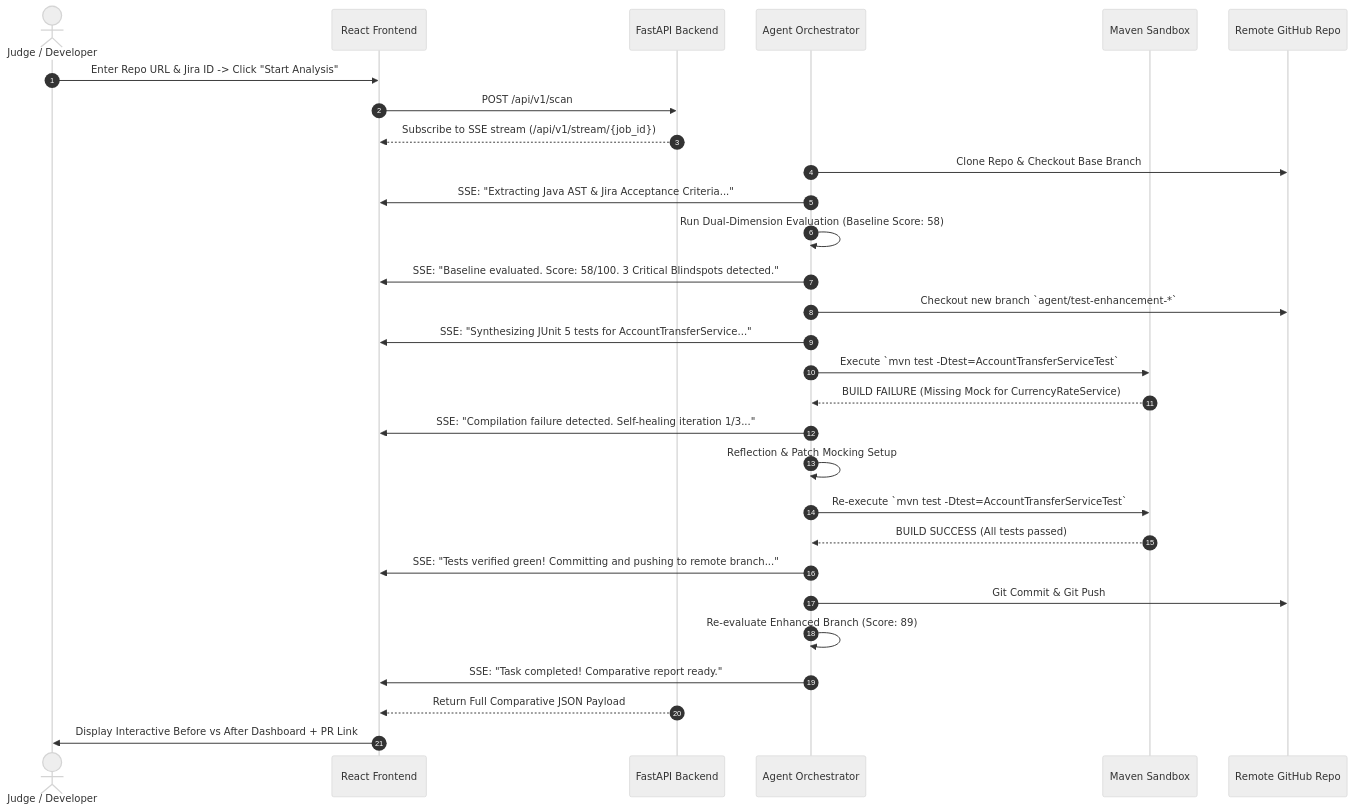
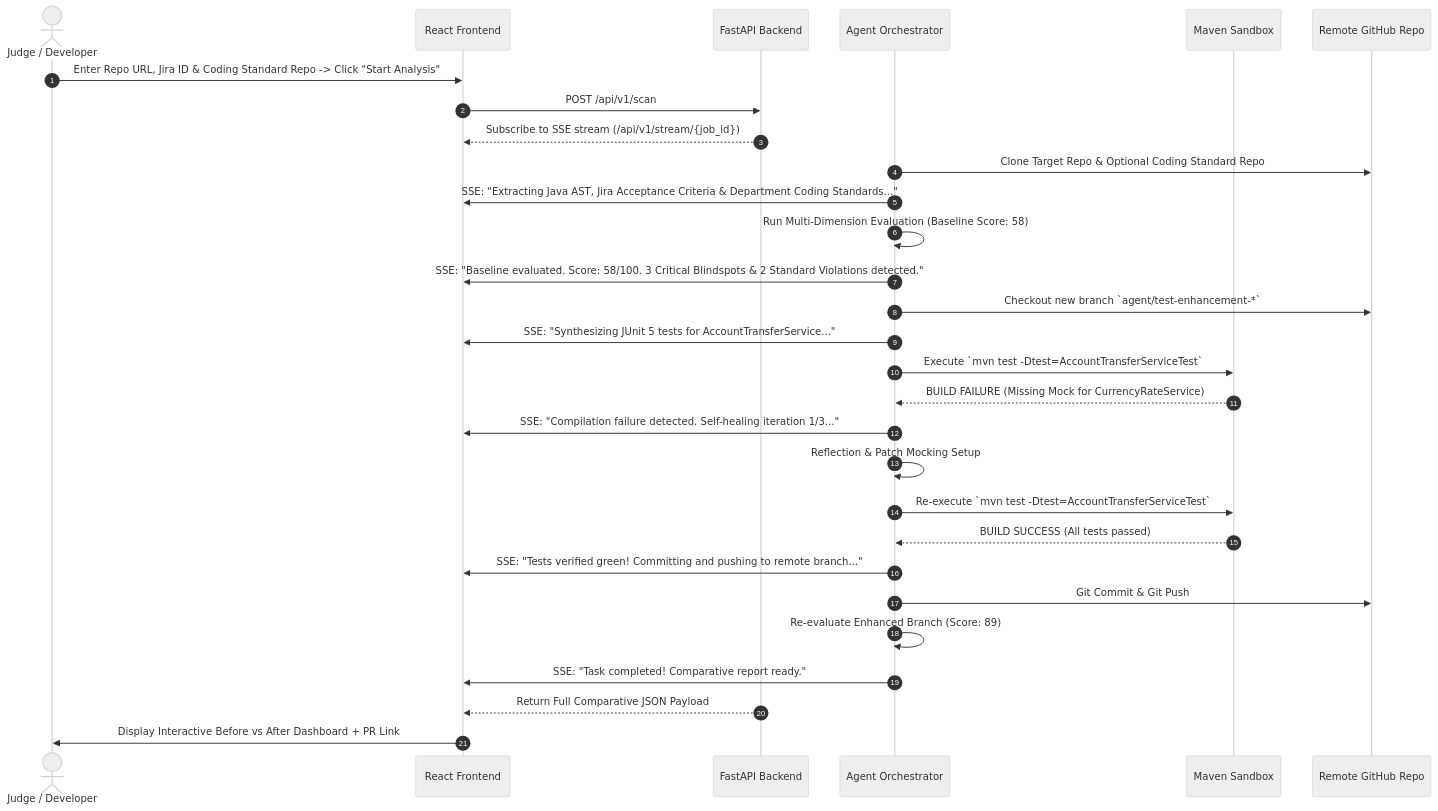
One commit to nvd11/SentinelQA changed the second of 2 diagrams in docs/ARCHITECTURE.md. Above: the diagram before and after it, drawn with Mermaid (neutral theme). The commit also changed other lines of this file and 3 other files, not shown here.

Commit message:
docs: update architecture, requirements and readme for python 3.12, langchain, and coding standard context

````diff
--- a/docs/ARCHITECTURE.md
+++ b/docs/ARCHITECTURE.md
@@ -90,38 +92,38 @@
 ```mermaid
 sequenceDiagram
     autonumber
     actor User as Judge / Developer
     participant UI as React Frontend
     participant API as FastAPI Backend
     participant Agent as Agent Orchestrator
     participant MVN as Maven Sandbox
     participant GH as Remote GitHub Repo
 
-    User->>UI: Enter Repo URL & Jira ID -> Click "Start Analysis"
+    User->>UI: Enter Repo URL, Jira ID & Coding Standard Repo -> Click "Start Analysis"
     UI->>API: POST /api/v1/scan
     API-->>UI: Subscribe to SSE stream (/api/v1/stream/{job_id})
     
-    Agent->>GH: Clone Repo & Checkout Base Branch
-    Agent->>UI: SSE: "Extracting Java AST & Jira Acceptance Criteria..."
+    Agent->>GH: Clone Target Repo & Optional Coding Standard Repo
+    Agent->>UI: SSE: "Extracting Java AST, Jira Acceptance Criteria & Department Coding Standards..."
     
-    Agent->>Agent: Run Dual-Dimension Evaluation (Baseline Score: 58)
-    Agent->>UI: SSE: "Baseline evaluated. Score: 58/100. 3 Critical Blindspots detected."
+    Agent->>Agent: Run Multi-Dimension Evaluation (Baseline Score: 58)
+    Agent->>UI: SSE: "Baseline evaluated. Score: 58/100. 3 Critical Blindspots & 2 Standard Violations detected."
 
     Agent->>GH: Checkout new branch `agent/test-enhancement-*`
     Agent->>UI: SSE: "Synthesizing JUnit 5 tests for AccountTransferService..."
     
     Agent->>MVN: Execute `mvn test -Dtest=AccountTransferServiceTest`
     MVN-->>Agent: BUILD FAILURE (Missing Mock for CurrencyRateService)
     Agent->>UI: SSE: "Compilation failure detected. Self-healing iteration 1/3..."
     
     Agent->>Agent: Reflection & Patch Mocking Setup
     Agent->>MVN: Re-execute `mvn test -Dtest=AccountTransferServiceTest`
     MVN-->>Agent: BUILD SUCCESS (All tests passed)
     Agent->>UI: SSE: "Tests verified green! Committing and pushing to remote branch..."
     
     Agent->>GH: Git Commit & Git Push
     Agent->>Agent: Re-evaluate Enhanced Branch (Score: 89)
     Agent->>UI: SSE: "Task completed! Comparative report ready."
     API-->>UI: Return Full Comparative JSON Payload
     UI->>User: Display Interactive Before vs After Dashboard + PR Link
 ```
````
